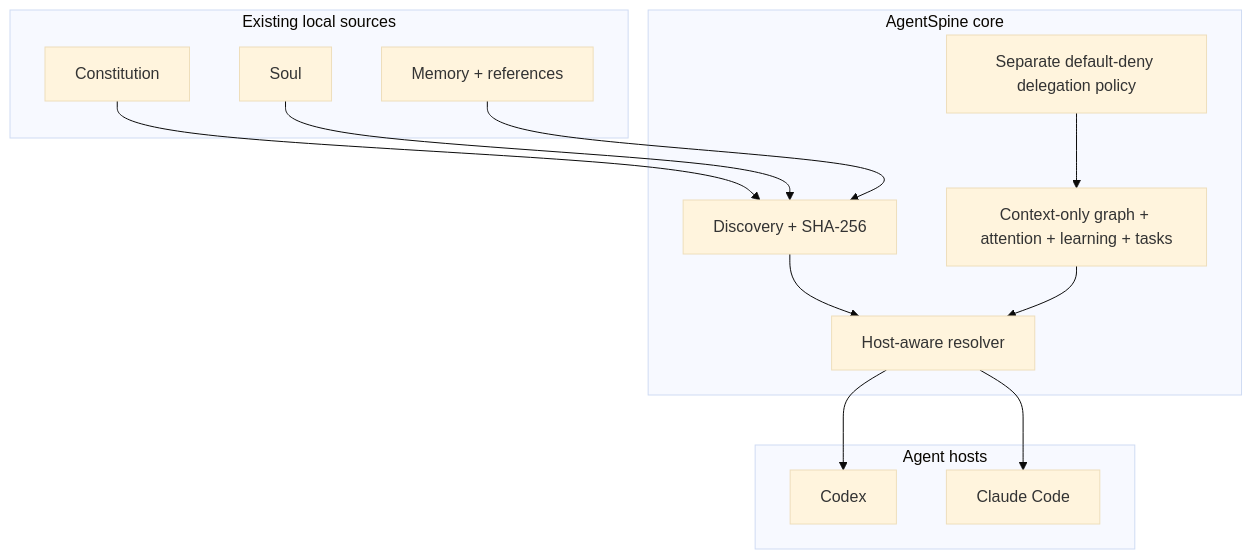
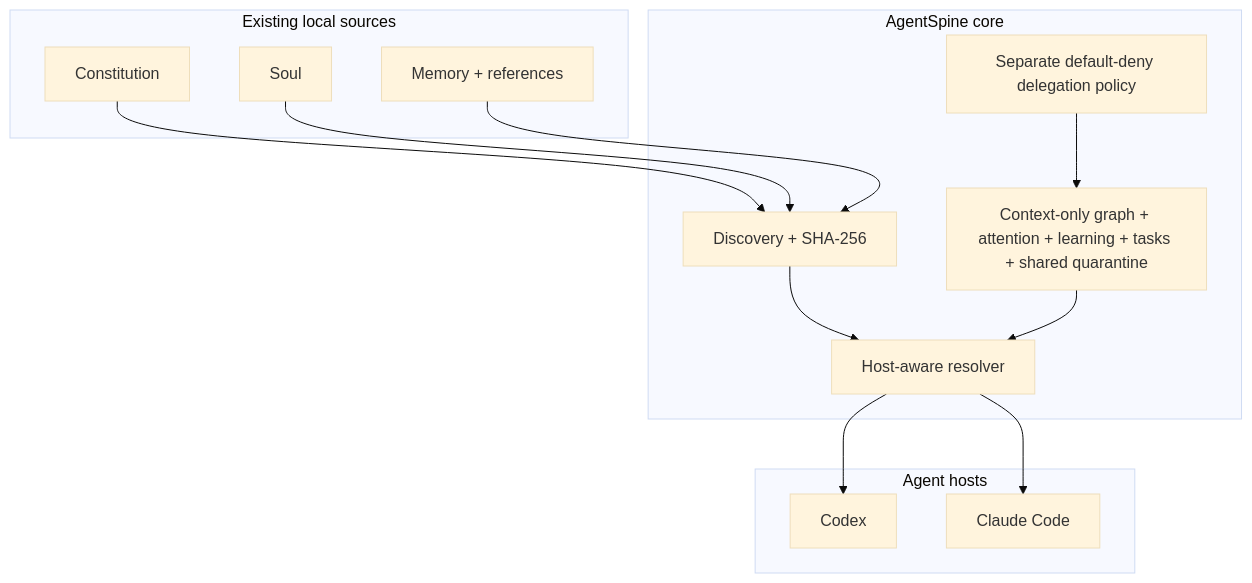
One commit to Maykbiletti/AgentSpine changed the first of 3 diagrams in docs/architecture.md. Above: the diagram before and after it, drawn with Mermaid (base theme). The commit also changed other lines of this file and 19 other files, not shown here.

````diff
--- a/docs/architecture.md
+++ b/docs/architecture.md
@@ -7,26 +7,26 @@
 ```mermaid
 flowchart TB
     subgraph Sources["Existing local sources"]
       C["Constitution"]
       S["Soul"]
       M["Memory + references"]
     end
     subgraph Core["AgentSpine core"]
       D["Discovery + SHA-256"]
       R["Host-aware resolver"]
-      G["Context-only graph + attention + learning + tasks"]
+      G["Context-only graph + attention + learning + tasks + shared quarantine"]
       P["Separate default-deny delegation policy"]
     end
     subgraph Hosts["Agent hosts"]
       X["Codex"]
       L["Claude Code"]
     end
     C --> D
     S --> D
     M --> D
     D --> R
     G --> R
     P --> G
     R --> X
     R --> L
 ```
````
